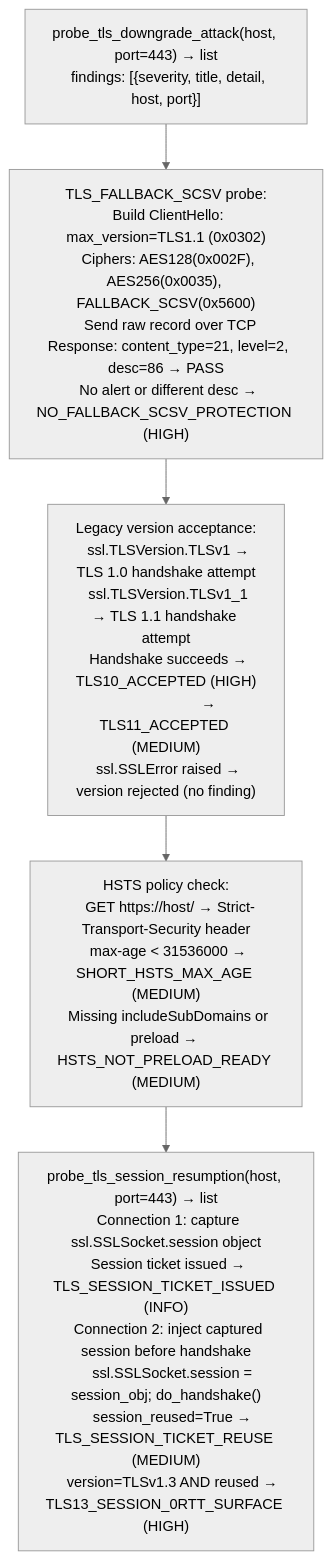
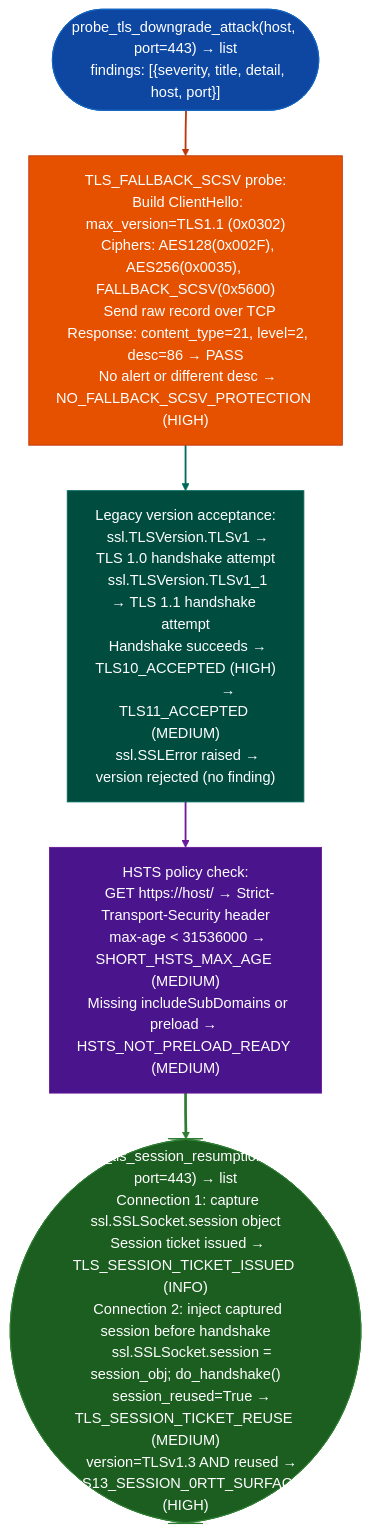
Before and after one commit to Ablation-Tool/ablation: the diagram in docs/reference-modules/tls-session-downgrade-surfaces.md, drawn with Mermaid (neutral theme). The commit also changed 320 other files, not shown here.

First line of the commit message:
docs: apply canonical Mermaid template to all 321 diagrams

````diff
--- a/docs/reference-modules/tls-session-downgrade-surfaces.md
+++ b/docs/reference-modules/tls-session-downgrade-surfaces.md
@@ -19,7 +19,17 @@
 ```mermaid
 flowchart TD
-    A["probe_tls_downgrade_attack(host, port=443) → list\n  findings: [{severity, title, detail, host, port}]"] --> B["TLS_FALLBACK_SCSV probe:\n  Build ClientHello: max_version=TLS1.1 (0x0302)\n  Ciphers: AES128(0x002F), AES256(0x0035), FALLBACK_SCSV(0x5600)\n  Send raw record over TCP\n  Response: content_type=21, level=2, desc=86 → PASS\n  No alert or different desc → NO_FALLBACK_SCSV_PROTECTION (HIGH)"]
-    B --> C["Legacy version acceptance:\n  ssl.TLSVersion.TLSv1 → TLS 1.0 handshake attempt\n  ssl.TLSVersion.TLSv1_1 → TLS 1.1 handshake attempt\n  Handshake succeeds → TLS10_ACCEPTED (HIGH)\n                      → TLS11_ACCEPTED (MEDIUM)\n  ssl.SSLError raised → version rejected (no finding)"]
-    C --> D["HSTS policy check:\n  GET https://host/ → Strict-Transport-Security header\n  max-age < 31536000 → SHORT_HSTS_MAX_AGE (MEDIUM)\n  Missing includeSubDomains or preload → HSTS_NOT_PRELOAD_READY (MEDIUM)"]
-    D --> E["probe_tls_session_resumption(host, port=443) → list\n  Connection 1: capture ssl.SSLSocket.session object\n  Session ticket issued → TLS_SESSION_TICKET_ISSUED (INFO)\n  Connection 2: inject captured session before handshake\n    ssl.SSLSocket.session = session_obj; do_handshake()\n    session_reused=True → TLS_SESSION_TICKET_REUSE (MEDIUM)\n    version=TLSv1.3 AND reused → TLS13_SESSION_0RTT_SURFACE (HIGH)"]
+    A(["probe_tls_downgrade_attack(host, port=443) → list\n  findings: [{severity, title, detail, host, port}]"]):::input --> B["TLS_FALLBACK_SCSV probe:\n  Build ClientHello: max_version=TLS1.1 (0x0302)\n  Ciphers: AES128(0x002F), AES256(0x0035), FALLBACK_SCSV(0x5600)\n  Send raw record over TCP\n  Response: content_type=21, level=2, desc=86 → PASS\n  No alert or different desc → NO_FALLBACK_SCSV_PROTECTION (HIGH)"]:::primary
+    B:::primary --> C["Legacy version acceptance:\n  ssl.TLSVersion.TLSv1 → TLS 1.0 handshake attempt\n  ssl.TLSVersion.TLSv1_1 → TLS 1.1 handshake attempt\n  Handshake succeeds → TLS10_ACCEPTED (HIGH)\n                      → TLS11_ACCEPTED (MEDIUM)\n  ssl.SSLError raised → version rejected (no finding)"]:::secondary
+    C:::secondary --> D["HSTS policy check:\n  GET https://host/ → Strict-Transport-Security header\n  max-age < 31536000 → SHORT_HSTS_MAX_AGE (MEDIUM)\n  Missing includeSubDomains or preload → HSTS_NOT_PRELOAD_READY (MEDIUM)"]:::tertiary
+    D:::tertiary --> E(["probe_tls_session_resumption(host, port=443) → list\n  Connection 1: capture ssl.SSLSocket.session object\n  Session ticket issued → TLS_SESSION_TICKET_ISSUED (INFO)\n  Connection 2: inject captured session before handshake\n    ssl.SSLSocket.session = session_obj; do_handshake()\n    session_reused=True → TLS_SESSION_TICKET_REUSE (MEDIUM)\n    version=TLSv1.3 AND reused → TLS13_SESSION_0RTT_SURFACE (HIGH)"]):::output
+    classDef input     fill:#0d47a1,stroke:#1565c0,color:#fff
+    classDef primary   fill:#e65100,stroke:#bf360c,color:#fff
+    classDef secondary fill:#004d40,stroke:#00695c,color:#fff
+    classDef tertiary  fill:#4a148c,stroke:#6a1b9a,color:#fff
+    classDef neutral   fill:#37474f,stroke:#546e7a,color:#fff
+    classDef output    fill:#1b5e20,stroke:#2e7d32,color:#fff
+    linkStyle 0 stroke:#bf360c,stroke-width:2px
+    linkStyle 1 stroke:#00695c,stroke-width:2px
+    linkStyle 2 stroke:#6a1b9a,stroke-width:2px
+    linkStyle 3 stroke:#2e7d32,stroke-width:3px
 ```
````
